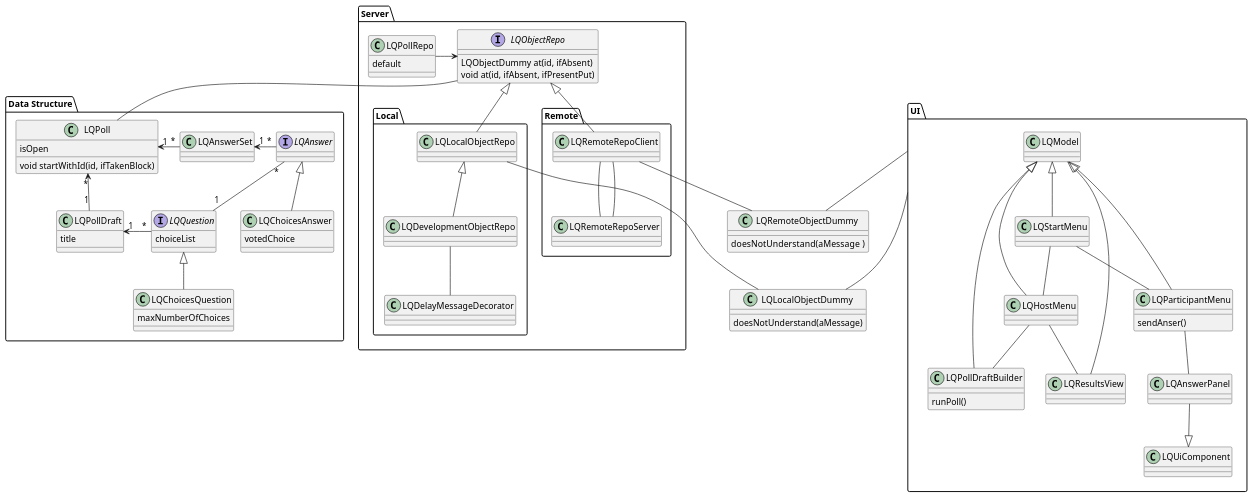
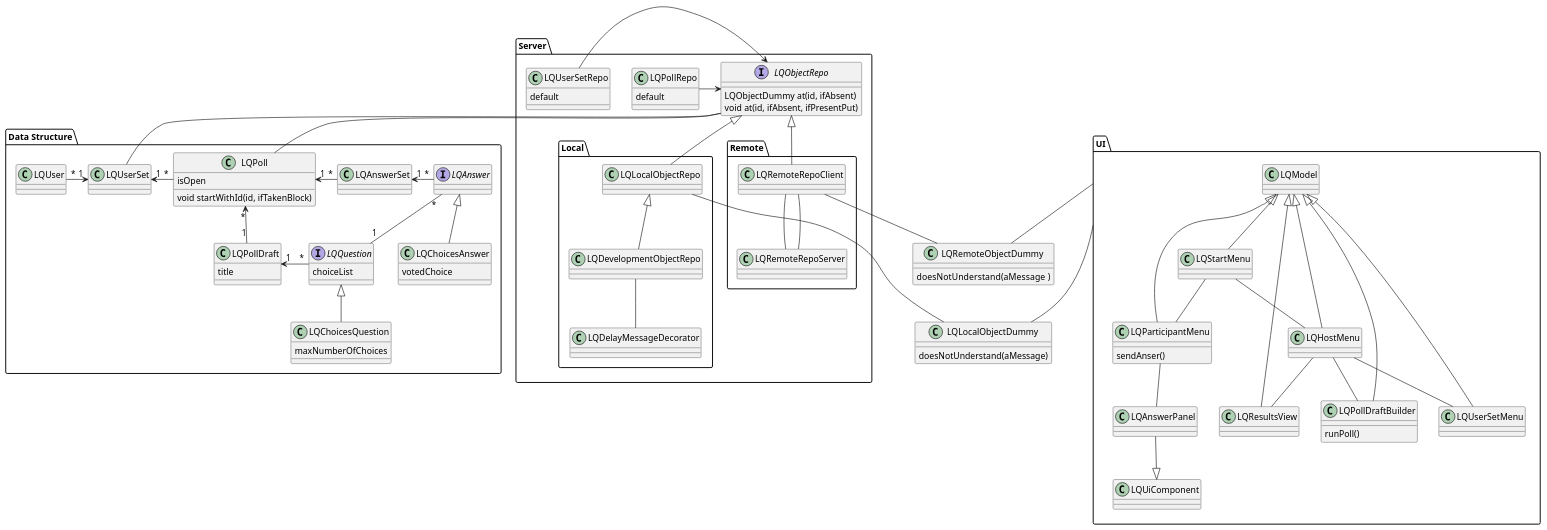
One commit to hpi-swa-teaching/Liquid changed the diagram in docs/class-diagram.wsd. Above: the diagram before and after it, drawn with PlantUML.

Commit message:
Update PlantUml

```diff
--- a/docs/class-diagram.wsd
+++ b/docs/class-diagram.wsd
@@ -1,105 +1,122 @@
 @startuml "Structure of Liquid"
 ' class LQDraftStore
 
 package "Data Structure" {
+  class LQUserSet  {
+
+    }
+    class LQUser  {
+        
+    }
+    LQUserSet "1" <-u  "*" LQUser
+    LQUserSet "1" <- "*" LQPoll
     class LQPoll  {
         isOpen
         void startWithId(id, ifTakenBlock)
     }
     LQPoll "*" <- "1" LQPollDraft
     class LQPollDraft {
         title
     }
     class LQAnswerSet
     LQPoll "1" <- "*" LQAnswerSet
     LQAnswerSet "1" <- "*" LQAnswer
     interface LQAnswer
     class LQChoicesAnswer {
         votedChoice
     }
     LQAnswer <|-- LQChoicesAnswer
 
     interface LQQuestion {
         choiceList
     }
     ' I chose * instead of 1 bc datastructure is there
     LQPollDraft "1" <- "*" LQQuestion
     class LQChoicesQuestion  {
         maxNumberOfChoices
     }
     LQQuestion <|-- LQChoicesQuestion
     LQAnswer "*" -- "1" LQQuestion
 }
 
 package Server {
     package Local {
         class LQLocalObjectRepo
         class LQDevelopmentObjectRepo
         class LQDelayMessageDecorator
         LQLocalObjectRepo <|-- LQDevelopmentObjectRepo
         ' LQDelayMessageDecorator -- LQLocalObjectDummy
         LQDevelopmentObjectRepo -- LQDelayMessageDecorator
 
     }
     package Remote {
         class LQRemoteRepoClient
         class LQRemoteRepoServer
         LQRemoteRepoClient -- LQRemoteRepoServer
         LQRemoteRepoServer -- LQRemoteRepoClient
     }
     interface LQObjectRepo {
         LQObjectDummy at(id, ifAbsent)
         void at(id, ifAbsent, ifPresentPut)
     }
     LQObjectRepo <|-- LQRemoteRepoClient
     LQObjectRepo <|-- LQLocalObjectRepo
 
     class LQPollRepo {
         default
     }
     LQObjectRepo -- LQPoll
+    LQObjectRepo -- LQUserSet
     LQPollRepo -> LQObjectRepo
+    
+    class LQUserSetRepo {
+        default
+    }
+    LQUserSetRepo -> LQObjectRepo
 }
 
 class LQLocalObjectDummy {
     doesNotUnderstand(aMessage)
 }
 UI -- LQRemoteObjectDummy
 LQRemoteRepoClient -- LQRemoteObjectDummy
 UI -- LQLocalObjectDummy
 LQLocalObjectRepo -- LQLocalObjectDummy
 class LQRemoteObjectDummy {
     doesNotUnderstand(aMessage  )
 }
 LQRemoteObjectDummy -[hidden]- LQLocalObjectDummy
 
 package UI {
     class LQModel
     class LQHostMenu
+    class LQUserSetMenu
+    LQModel <|-- LQUserSetMenu
     LQModel <|-- LQHostMenu
     class LQStartMenu
     LQModel <|-- LQStartMenu
     class LQResultsView
     LQModel <|-- LQResultsView
     class LQParticipantMenu {
         sendAnser()
     }
     LQParticipantMenu --|> LQModel
     class LQPollDraftBuilder {
         runPoll()
     }
     LQPollDraftBuilder --|> LQModel
 
     LQStartMenu -- LQHostMenu
     LQStartMenu -- LQParticipantMenu
     LQHostMenu -- LQResultsView
+     LQHostMenu -- LQUserSetMenu
     LQHostMenu -- LQPollDraftBuilder
 
     class LQUiComponent
     class LQAnswerPanel
     LQAnswerPanel --|> LQUiComponent
     LQParticipantMenu -- LQAnswerPanel
 
 }
 
 @enduml
```
